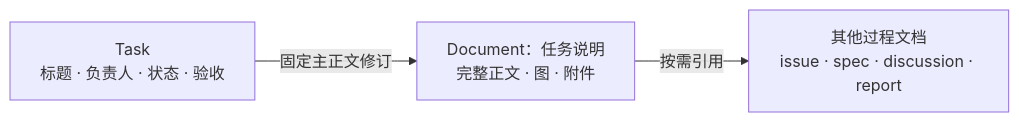
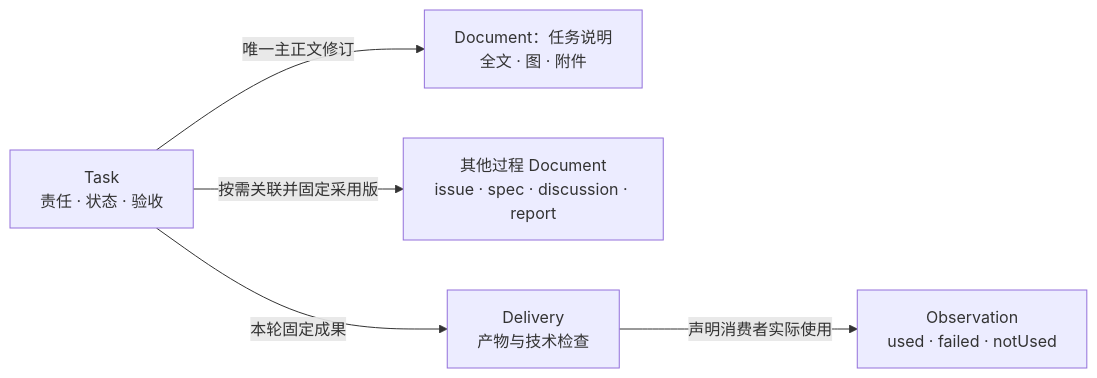
The first of 2 diagrams in docs/product/tasks-and-documents.md (cyl19970726/evoLoop), drawn with Mermaid before and after one commit. The commit also changed other lines of this file and 15 other files, not shown here.

Commit message:
docs: consolidate product architecture and development guidance

````diff
--- a/docs/product/tasks-and-documents.md
+++ b/docs/product/tasks-and-documents.md
@@ -15,5 +15,7 @@
 ```mermaid
 flowchart LR
-  T["Task<br/>标题 · 负责人 · 状态 · 验收"] -->|固定主正文修订| D["Document：任务说明<br/>完整正文 · 图 · 附件"]
-  D -->|按需引用| R["其他过程文档<br/>issue · spec · discussion · report"]
+  T["Task<br/>责任 · 状态 · 验收"] -->|唯一主正文修订| D["Document：任务说明<br/>全文 · 图 · 附件"]
+  T -->|按需关联并固定采用版| R["其他过程 Document<br/>issue · spec · discussion · report"]
+  T -->|本轮固定成果| E["Delivery<br/>产物与技术检查"]
+  E -->|声明消费者实际使用| O["Observation<br/>used · failed · notUsed"]
 ```
````
